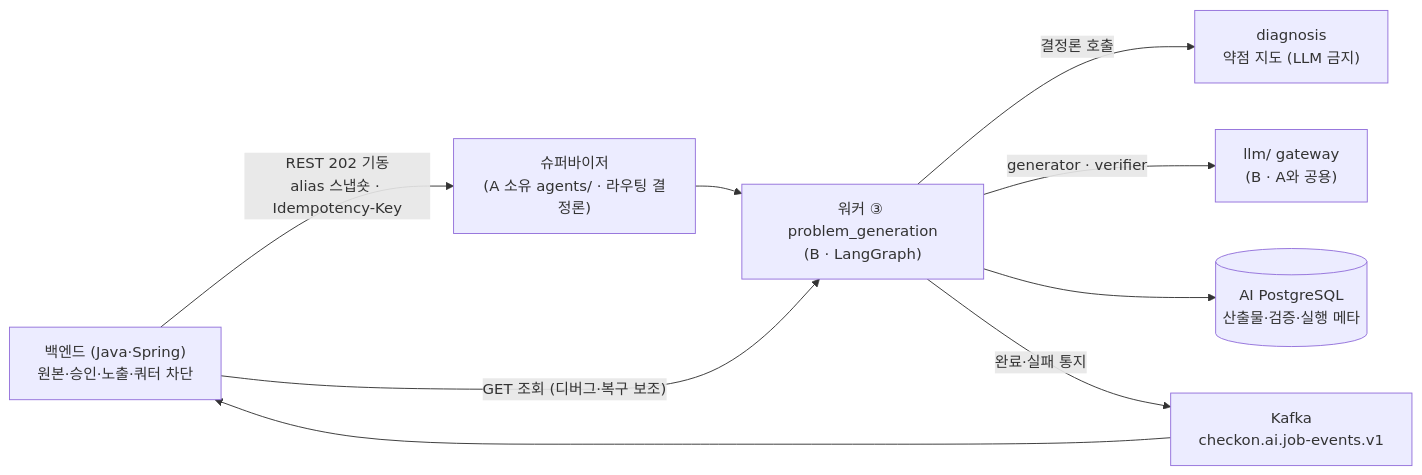
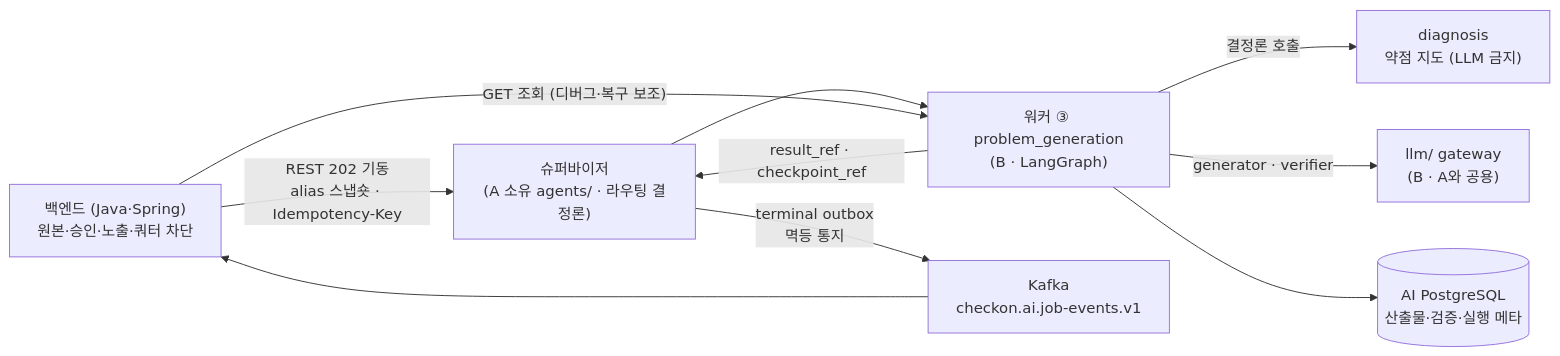
One commit to MTVS5-CheckOn/CheckOn-AI changed the first of 4 diagrams in docs/part_b/01_pipeline.md. Above: the diagram before and after it, drawn with Mermaid. The commit also changed other lines of this file and 45 other files, not shown here.

````diff
--- a/docs/part_b/01_pipeline.md
+++ b/docs/part_b/01_pipeline.md
@@ -25,11 +26,12 @@
 ```mermaid
 flowchart LR
   BE["백엔드 (Java·Spring)<br/>원본·승인·노출·쿼터 차단"] -->|"REST 202 기동<br/>alias 스냅숏 · Idempotency-Key"| SUP["슈퍼바이저<br/>(A 소유 agents/ · 라우팅 결정론)"]
   SUP --> W3["워커 ③ problem_generation<br/>(B · LangGraph)"]
   W3 -->|"결정론 호출"| DIA["diagnosis<br/>약점 지도 (LLM 금지)"]
   W3 -->|"generator · verifier"| GW["llm/ gateway<br/>(B · A와 공용)"]
   W3 --> PG[("AI PostgreSQL<br/>산출물·검증·실행 메타")]
-  W3 -->|"완료·실패 통지"| K["Kafka<br/>checkon.ai.job-events.v1"]
+  W3 -->|"result_ref · checkpoint_ref"| SUP
+  SUP -->|"terminal outbox<br/>멱등 통지"| K["Kafka<br/>checkon.ai.job-events.v1"]
   K --> BE
   BE -->|"GET 조회 (디버그·복구 보조)"| W3
 ```
````
